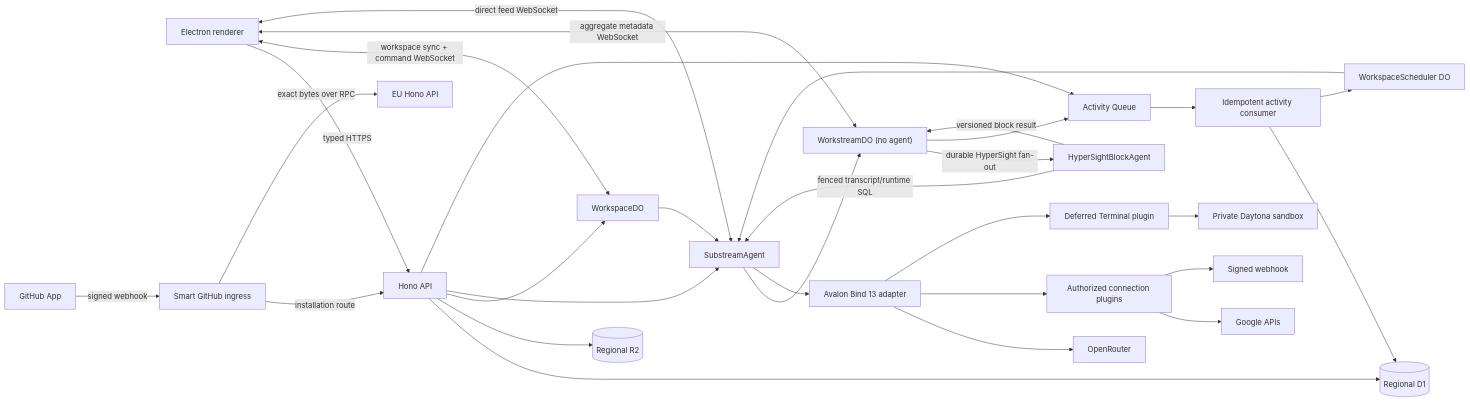
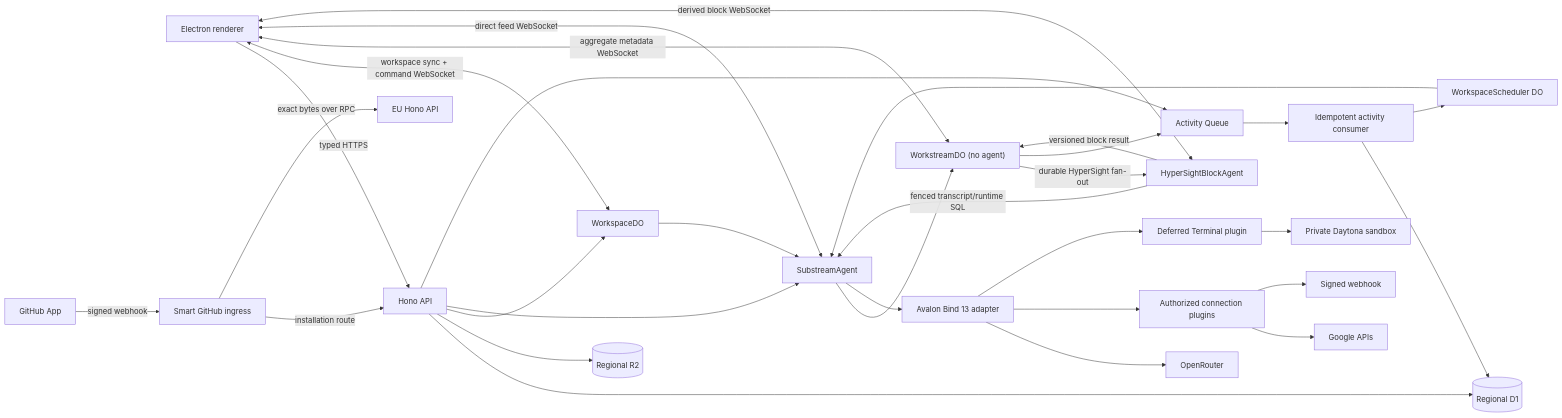
Before and after one commit to juno-ai-labs/avalon: the diagram in docs/architecture.md, drawn with Mermaid. The commit also changed other lines of this file and 81 other files, not shown here.

````diff
--- a/docs/architecture.md
+++ b/docs/architecture.md
@@ -77,32 +77,33 @@
 ```mermaid
 flowchart LR
   E["Electron renderer"] -->|"typed HTTPS"| H["Hono API"]
   E <-->|"workspace sync + command WebSocket"| WD["WorkspaceDO"]
   E <-->|"aggregate metadata WebSocket"| WS["WorkstreamDO (no agent)"]
   E <-->|"direct feed WebSocket"| SA["SubstreamAgent"]
+  E <-->|"derived block WebSocket"| HB["HyperSightBlockAgent"]
   WS -->|"durable HyperSight fan-out"| HB["HyperSightBlockAgent"]
   HB -->|"fenced transcript/runtime SQL"| SA
   HB -->|"versioned block result"| WS
   H --> D[("Regional D1")]
   H --> B[("Regional R2")]
   H --> WD
   H --> SA
   WD --> SA
   SA --> WS
   WS --> Q
   H --> Q["Activity Queue"]
   GH["GitHub App"] -->|"signed webhook"| GI["Smart GitHub ingress"]
   GI -->|"installation route"| H
   GI -->|"exact bytes over RPC"| EH["EU Hono API"]
   Q --> C["Idempotent activity consumer"]
   C --> D
   C --> S["WorkspaceScheduler DO"]
   S --> SA
   SA --> A["Avalon Bind 13 adapter"]
   A --> O["OpenRouter"]
   A --> T["Authorized connection plugins"]
   A --> X["Deferred Terminal plugin"]
   X --> DT["Private Daytona sandbox"]
   T --> G["Google APIs"]
   T --> M["Signed webhook"]
 ```
````
